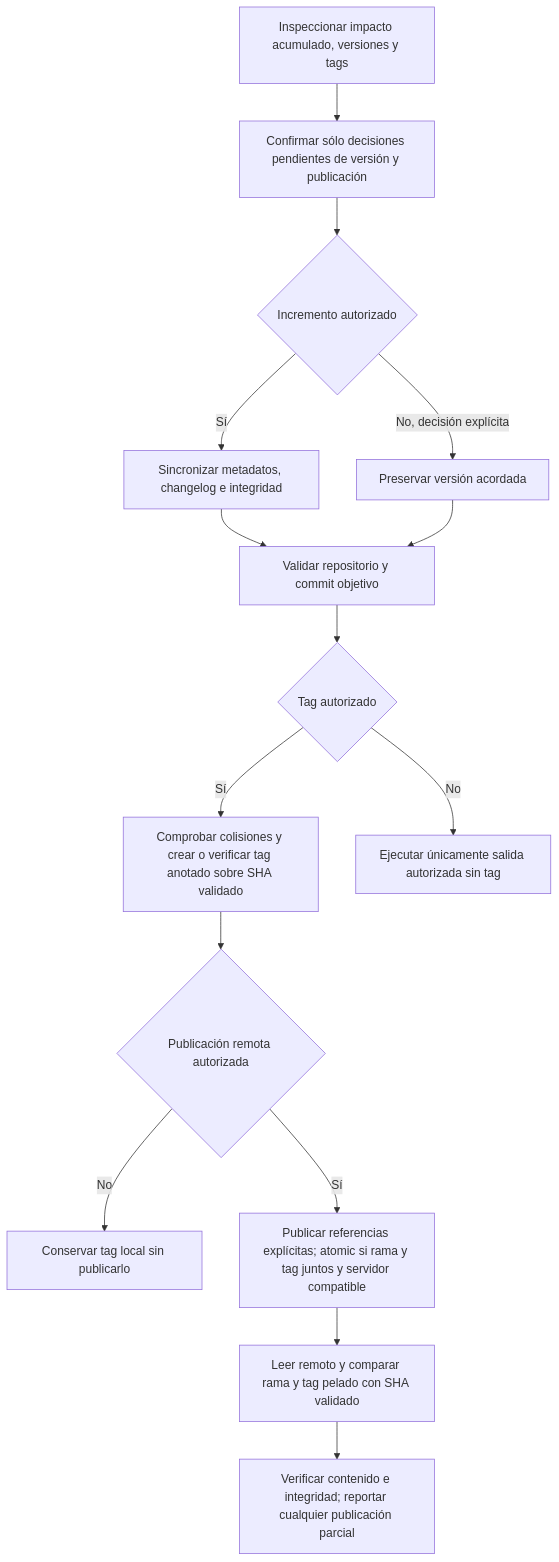
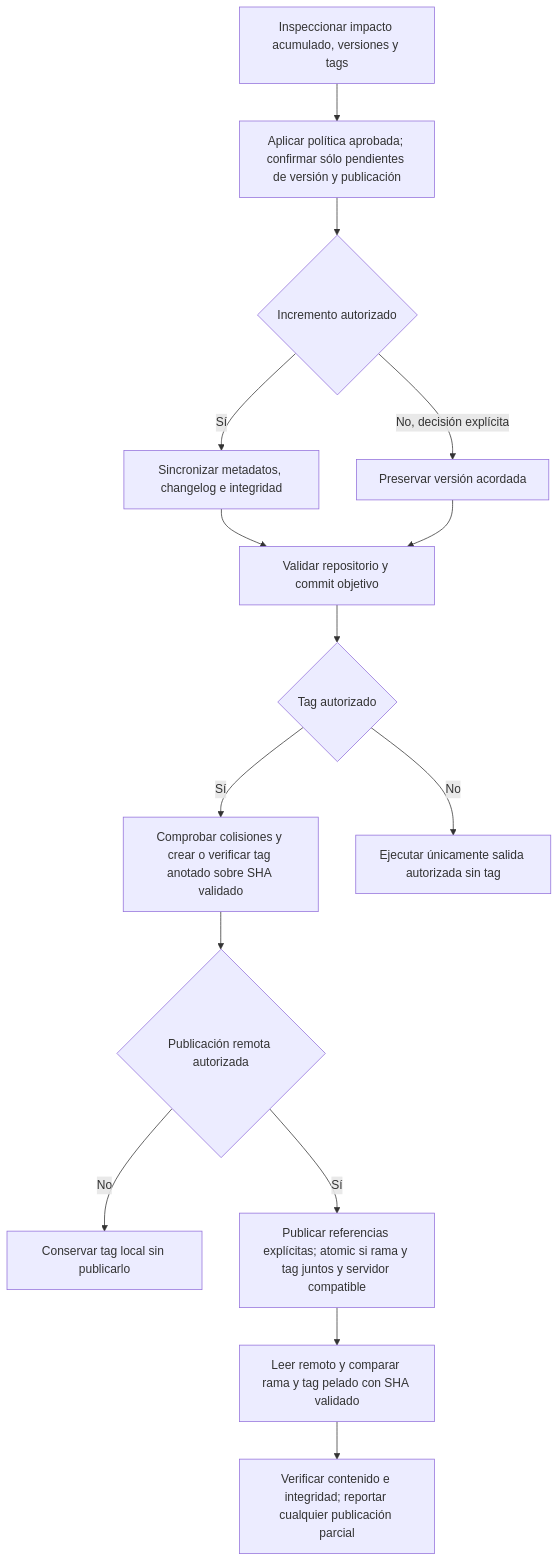
Before and after one commit to matgro/faro-suite-skills: the fifth of 6 diagrams in docs/flujo-faro/05-integraciones-y-entrega.md, drawn with Mermaid. The commit also changed other lines of this file and 27 other files, not shown here.

````diff
--- a/docs/flujo-faro/05-integraciones-y-entrega.md
+++ b/docs/flujo-faro/05-integraciones-y-entrega.md
@@ -185,17 +216,17 @@
 ```mermaid
 flowchart TD
-    V0["Inspeccionar impacto acumulado, versiones y tags"] --> V1["Confirmar sólo decisiones pendientes de versión y publicación"]
+    V0["Inspeccionar impacto acumulado, versiones y tags"] --> V1["Aplicar política aprobada; confirmar sólo pendientes de versión y publicación"]
     V1 --> V2{"Incremento autorizado"}
     V2 -->|"Sí"| V3["Sincronizar metadatos, changelog e integridad"]
     V2 -->|"No, decisión explícita"| V4["Preservar versión acordada"]
     V3 --> V5["Validar repositorio y commit objetivo"]
     V4 --> V5
     V5 --> V6{"Tag autorizado"}
     V6 -->|"Sí"| V7["Comprobar colisiones y crear o verificar tag anotado sobre SHA validado"]
     V6 -->|"No"| V8["Ejecutar únicamente salida autorizada sin tag"]
     V7 --> V9{"Publicación remota autorizada"}
     V9 -->|"No"| V10["Conservar tag local sin publicarlo"]
     V9 -->|"Sí"| V11["Publicar referencias explícitas; atomic si rama y tag juntos y servidor compatible"]
     V11 --> V12["Leer remoto y comparar rama y tag pelado con SHA validado"]
     V12 --> V13["Verificar contenido e integridad; reportar cualquier publicación parcial"]
 ```
````
